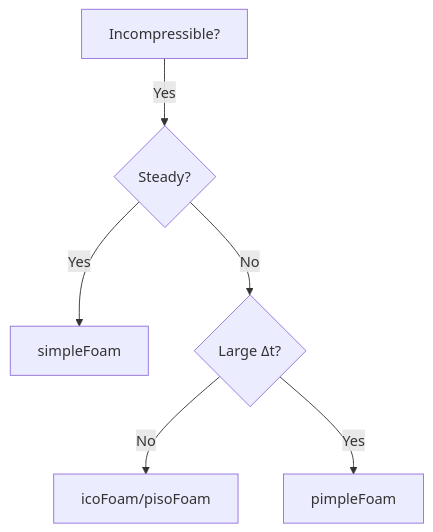
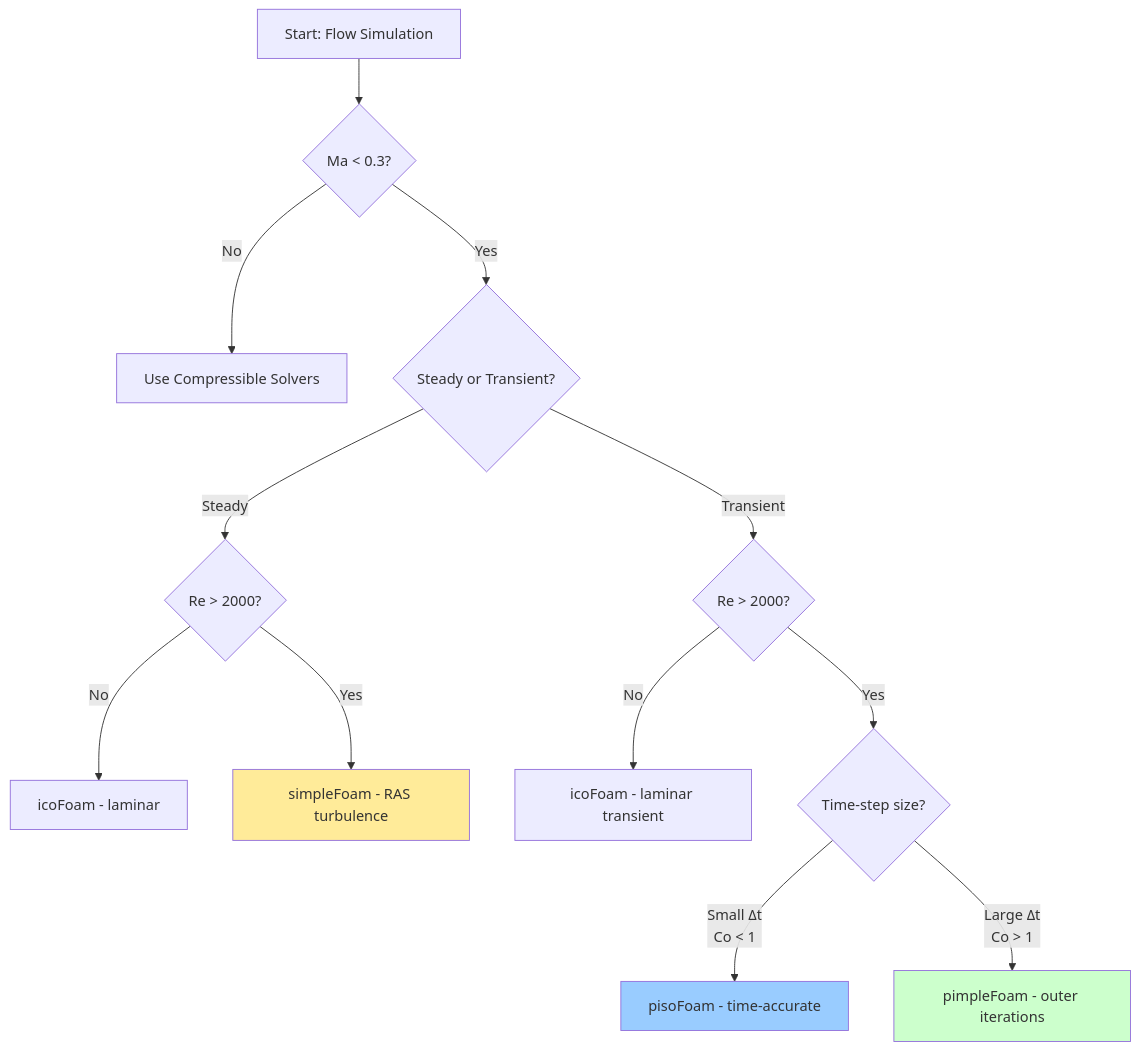
The diagram in MODULE_03_SINGLE_PHASE_FLOW/CONTENT/01_INCOMPRESSIBLE_FLOW_SOLVERS/01_Introduction.md (wramet/build-my-cfd), drawn with Mermaid before and after one commit. The commit also changed other lines of this file and 54 other files, not shown here.

````diff
--- a/MODULE_03_SINGLE_PHASE_FLOW/CONTENT/01_INCOMPRESSIBLE_FLOW_SOLVERS/01_Introduction.md
+++ b/MODULE_03_SINGLE_PHASE_FLOW/CONTENT/01_INCOMPRESSIBLE_FLOW_SOLVERS/01_Introduction.md
@@ -16,8 +129,18 @@
 ```mermaid
 flowchart TD
-    A[Incompressible?] -->|Yes| B{Steady?}
-    B -->|Yes| C[simpleFoam]
-    B -->|No| D{Large Δt?}
-    D -->|No| E[icoFoam/pisoFoam]
-    D -->|Yes| F[pimpleFoam]
+    A[Start: Flow Simulation] --> B{Ma < 0.3?}
+    B -->|No| X[Use Compressible Solvers]
+    B -->|Yes| C{Steady or Transient?}
+    C -->|Steady| D{Re > 2000?}
+    D -->|No| E[icoFoam - laminar]
+    D -->|Yes| F[simpleFoam - RAS turbulence]
+    C -->|Transient| G{Re > 2000?}
+    G -->|No| H[icoFoam - laminar transient]
+    G -->|Yes| I{Time-step size?}
+    I -->|Small Δt<br/>Co < 1| J[pisoFoam - time-accurate]
+    I -->|Large Δt<br/>Co > 1| K[pimpleFoam - outer iterations]
+    
+    style F fill:#ffeb99
+    style J fill:#99ccff
+    style K fill:#ccffcc
 ```
````
